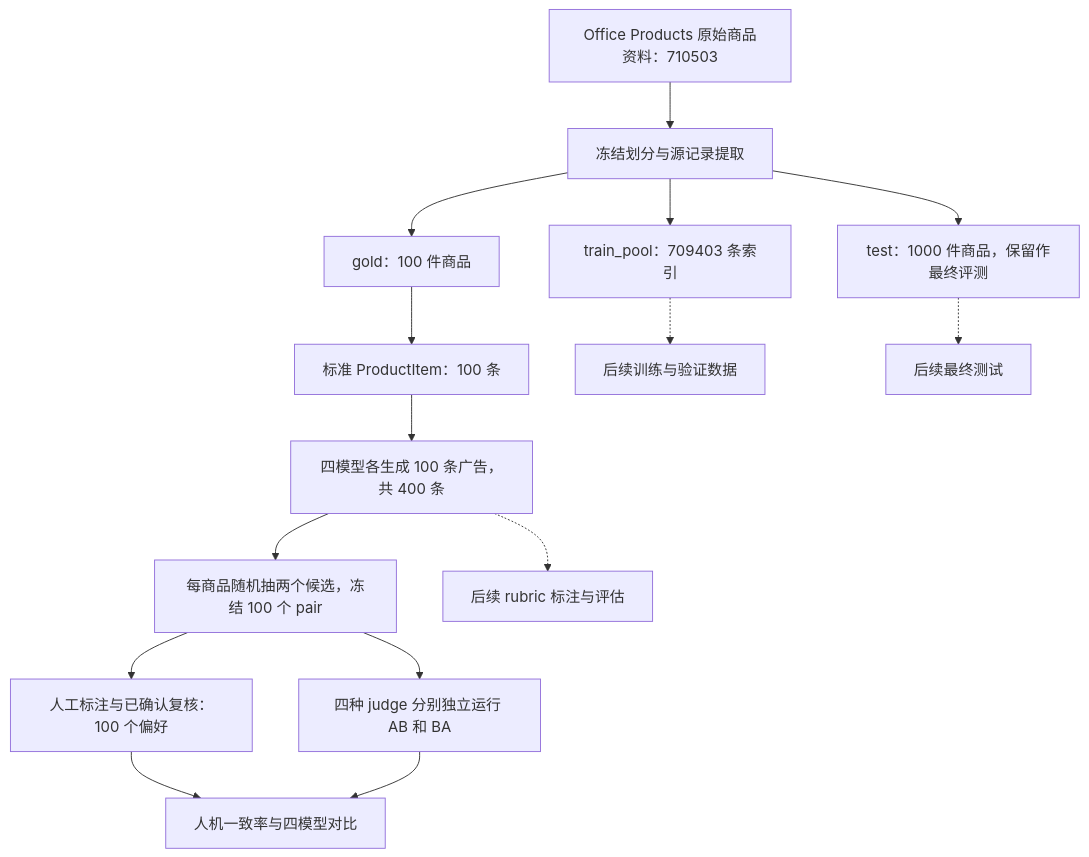
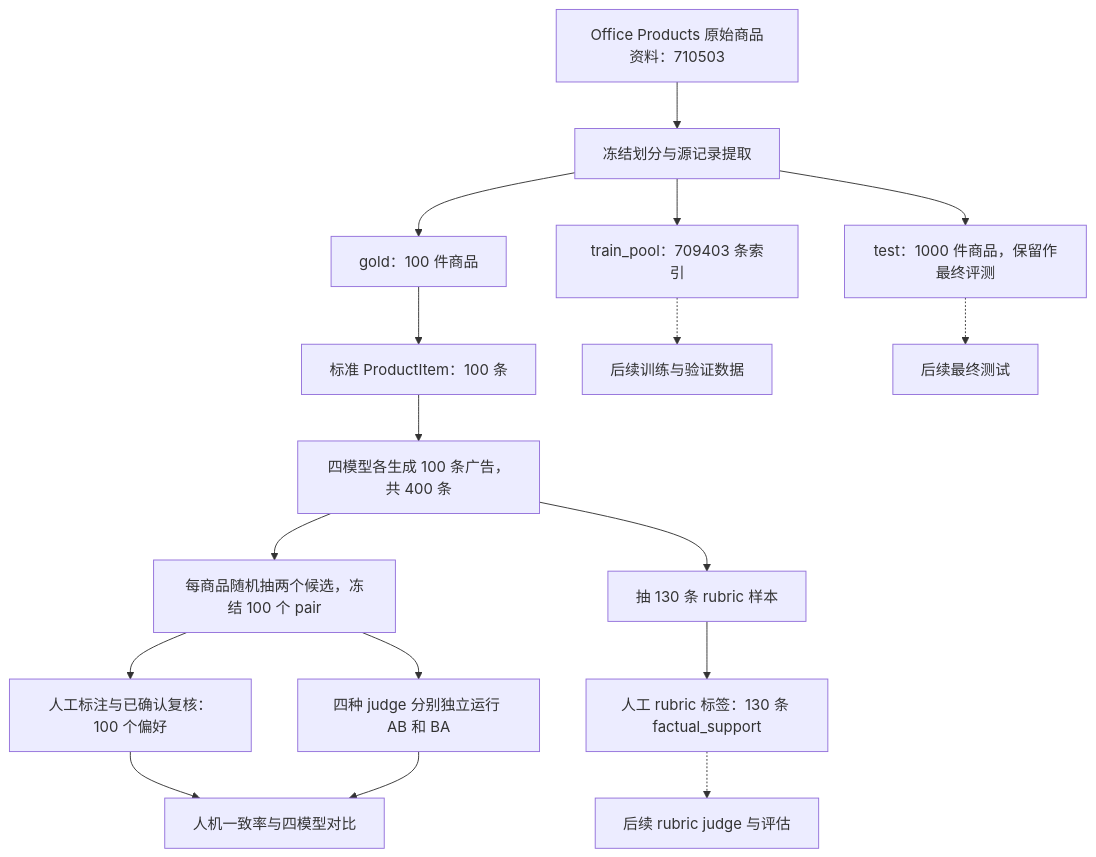
Before and after one commit to YANGZHOU66666/AdGenius-Plus: the diagram in docs/data_pipeline.md, drawn with Mermaid. The commit also changed other lines of this file and 6 other files, not shown here.

````diff
--- a/docs/data_pipeline.md
+++ b/docs/data_pipeline.md
@@ -16,17 +16,19 @@
 ```mermaid
 flowchart TD
     R[Office Products 原始商品资料：710503] --> S[冻结划分与源记录提取]
     S --> G[gold：100 件商品]
     S --> T[test：1000 件商品，保留作最终评测]
     S --> P[train_pool：709403 条索引]
     G --> I[标准 ProductItem：100 条]
     I --> C[四模型各生成 100 条广告，共 400 条]
     C --> Q[每商品随机抽两个候选，冻结 100 个 pair]
     Q --> H[人工标注与已确认复核：100 个偏好]
     Q --> J[四种 judge 分别独立运行 AB 和 BA]
     H --> M[人机一致率与四模型对比]
     J --> M
-    C -.-> U[后续 rubric 标注与评估]
+    C --> RS[抽 130 条 rubric 样本]
+    RS --> RH[人工 rubric 标签：130 条 factual_support]
+    RH -.-> U[后续 rubric judge 与评估]
     P -.-> V[后续训练与验证数据]
     T -.-> W[后续最终测试]
 ```
````
